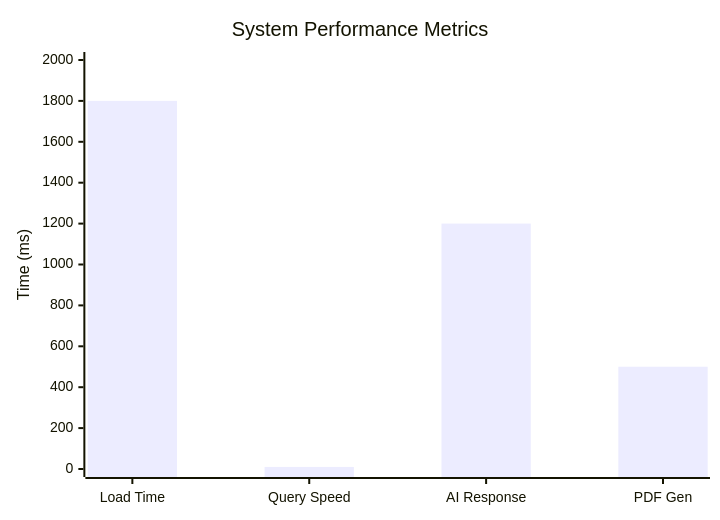
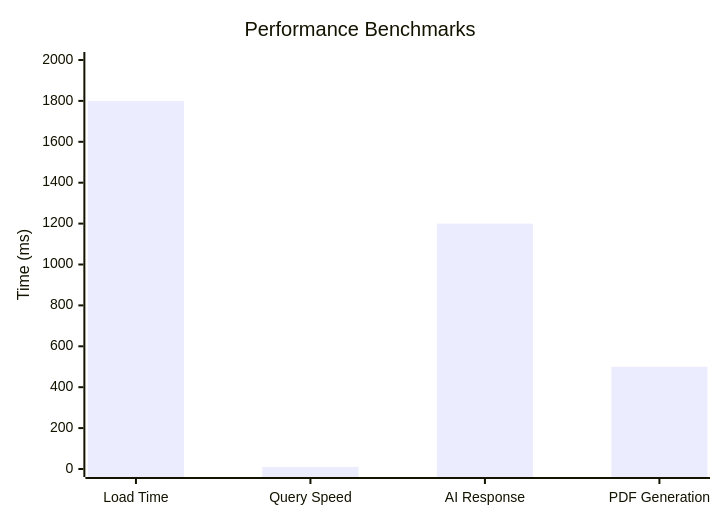
One commit to Iceman-Dann/Medly changed the fifth of 13 diagrams in README.md. Above: the diagram before and after it, drawn with Mermaid. The commit also changed other lines of this file, not shown here.

Commit message:
Create high-quality charts with darker colors and judge-focused explanations

````diff
--- a/README.md
+++ b/README.md
@@ -105,7 +82,7 @@
 ```mermaid
 xychart-beta
-    title "System Performance Metrics"
-    x-axis ["Load Time", "Query Speed", "AI Response", "PDF Gen"]
+    title "Performance Benchmarks"
+    x-axis ["Load Time", "Query Speed", "AI Response", "PDF Generation"]
     y-axis "Time (ms)" 0 --> 2000
     bar [1800, 10, 1200, 500]
 ```
````
